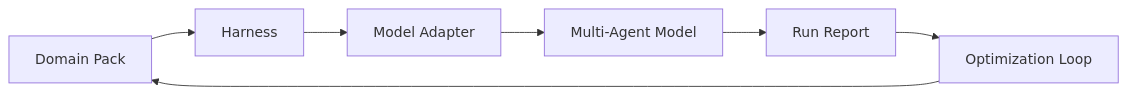
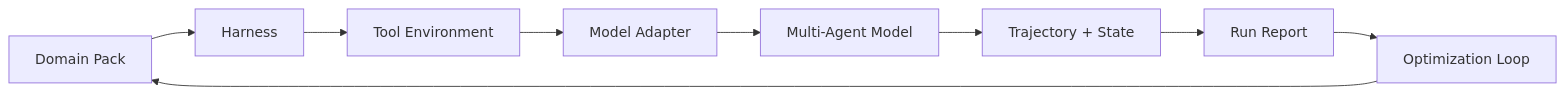
One commit to hanqiaoculture-sudo/domain-ai-forge changed the diagram in README.md. Above: the diagram before and after it, drawn with Mermaid. The commit also changed other lines of this file and 10 other files, not shown here.

````diff
--- a/README.md
+++ b/README.md
@@ -9,9 +9,11 @@
 ```mermaid
 flowchart LR
     D["Domain Pack"] --> H["Harness"]
-    H --> M["Model Adapter"]
+    H --> E["Tool Environment"]
+    E --> M["Model Adapter"]
     M --> A["Multi-Agent Model"]
-    A --> R["Run Report"]
+    A --> T["Trajectory + State"]
+    T --> R["Run Report"]
     R --> O["Optimization Loop"]
     O --> D
 ```
````
